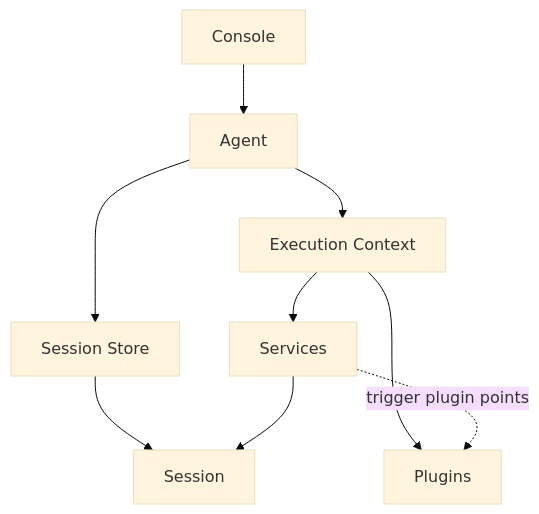
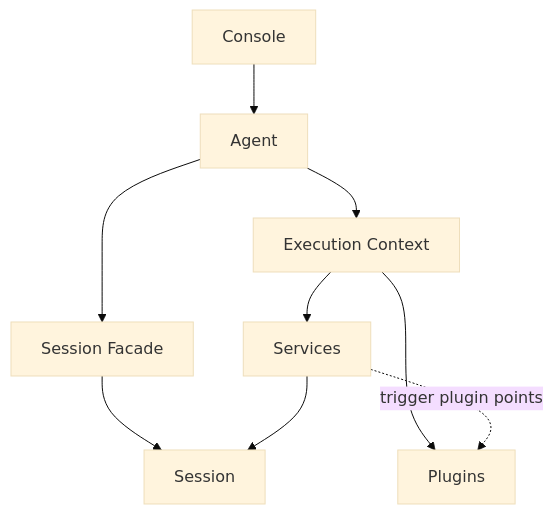
Before and after one commit to wangenius/downcity: the diagram in homepage/content/docs/en/concepts/architecture.mdx, drawn with Mermaid (base theme). The commit also changed other lines of this file and 419 other files, not shown here.

````diff
--- a/homepage/content/docs/en/concepts/architecture.mdx
+++ b/homepage/content/docs/en/concepts/architecture.mdx
@@ -68,11 +68,11 @@
 ```mermaid
 flowchart TD
   C["Console"] --> A["Agent"]
   A --> EC["Execution Context"]
-  A --> SR["Session Store"]
+  A --> SR["Session Facade"]
   SR --> S["Session"]
   EC --> SV["Services"]
   EC --> PL["Plugins"]
   SV --> S
   SV -. trigger plugin points .-> PL
 ```
````
